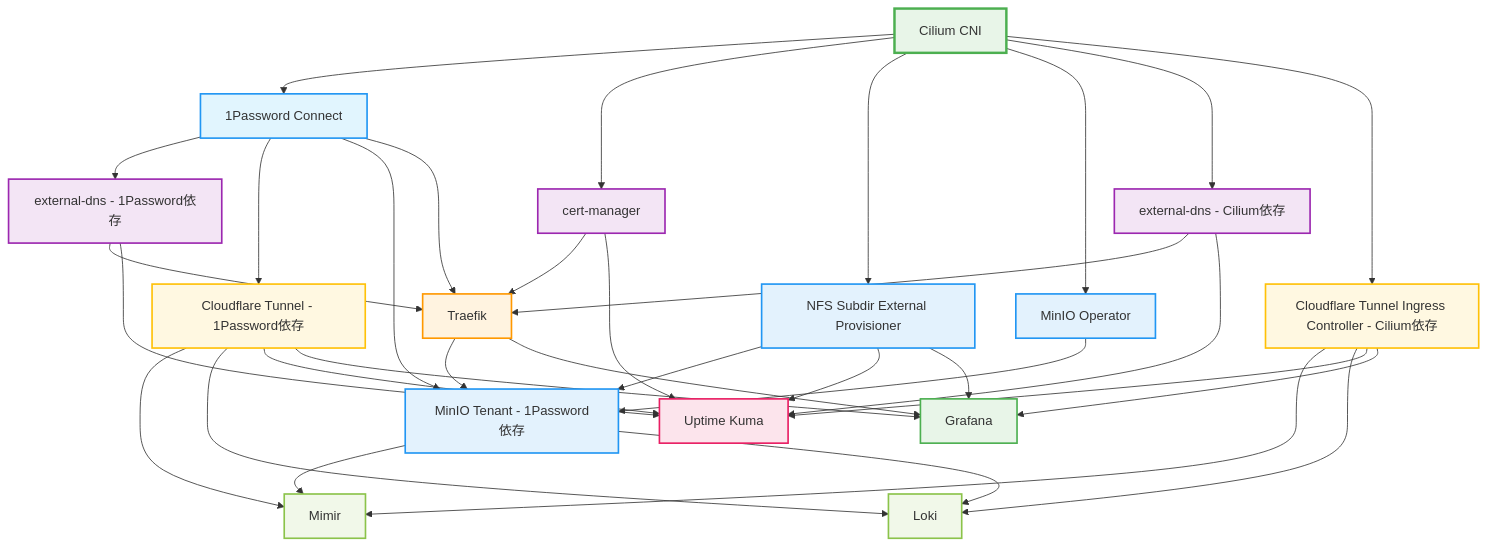
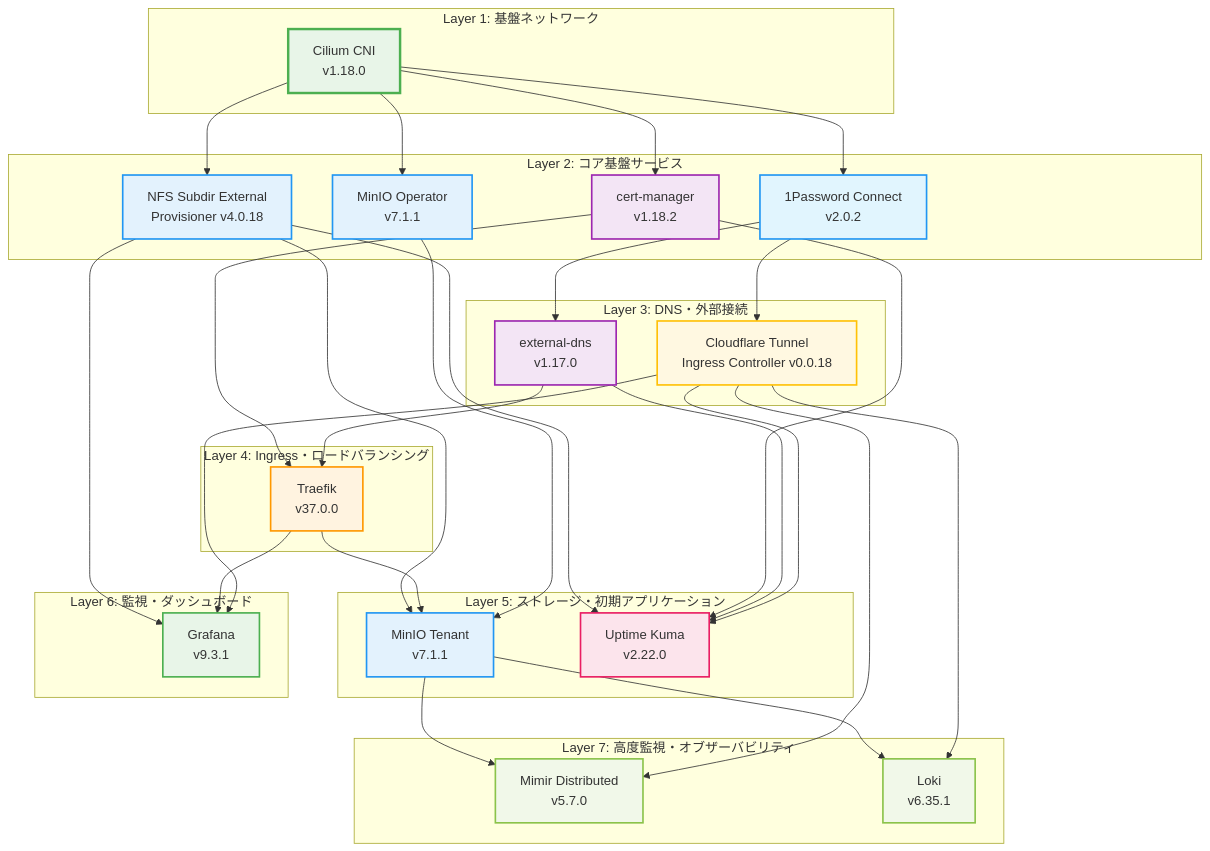
One commit to Soli0222/pke changed the diagram in helmfile/README.md. Above: the diagram before and after it, drawn with Mermaid. The commit also changed other lines of this file and 1 other file, not shown here.

Commit message:
refactor(helmfile): 依存関係の整理とグラフのスタイル改善
- README.mdの依存関係グラフを整理し、レイヤーごとにサブグラフを追加した。
- helmfile.yamlからCiliumの依存関係を削除し、必要な依存関係を整理した。

````diff
--- a/helmfile/README.md
+++ b/helmfile/README.md
@@ -80,66 +80,94 @@
 ```mermaid
 graph TD
-    %% 基盤レイヤー（第1層）
-    H[Cilium CNI]
-    
-    %% 基盤サービス（第2層）- Ciliumに依存
-    H --> A[1Password Connect]
-    H --> B[cert-manager]
-    H --> I[NFS Subdir External Provisioner]
-    H --> L[MinIO Operator]
-    H --> C[external-dns - Cilium依存]
-    H --> D[Cloudflare Tunnel Ingress Controller - Cilium依存]
-    
-    %% シークレット・認証管理（第3層）
-    A --> C2[external-dns - 1Password依存]
-    A --> D2[Cloudflare Tunnel - 1Password依存]
-    A --> E[MinIO Tenant - 1Password依存]
-    
-    %% ロードバランサー・Ingress（第4層）
-    A --> J[Traefik]
-    B --> J
-    C --> J
-    C2 --> J
-    
-    %% MinIOストレージ（第4層）
-    I --> E
-    L --> E
-    J --> E
-    
-    %% アプリケーション・監視（第5層）
-    E --> F[Mimir]
-    E --> G[Loki]
-    D --> F
-    D2 --> F
-    D --> G
-    D2 --> G
-    
-    I --> K[Uptime Kuma]
-    B --> K
-    C --> K
-    C2 --> K
-    D --> K
-    D2 --> K
-    
-    I --> M[Grafana]
-    J --> M
-    D --> M
-    D2 --> M
-    
+    %% レイヤー1: 基盤ネットワーク
+    subgraph "Layer 1: 基盤ネットワーク"
+        Cilium[Cilium CNI<br/>v1.18.0]
+    end
+
+    %% レイヤー2: コア基盤サービス
+    subgraph "Layer 2: コア基盤サービス"
+        Connect[1Password Connect<br/>v2.0.2]
+        CertManager[cert-manager<br/>v1.18.2]
+        NFSProvisioner[NFS Subdir External<br/>Provisioner v4.0.18]
+        MinIOOperator[MinIO Operator<br/>v7.1.1]
+    end
+
+    %% レイヤー3: DNS・外部接続
+    subgraph "Layer 3: DNS・外部接続"
+        ExternalDNS[external-dns<br/>v1.17.0]
+        CFTunnel[Cloudflare Tunnel<br/>Ingress Controller v0.0.18]
+    end
+
+    %% レイヤー4: Ingress・ロードバランシング
+    subgraph "Layer 4: Ingress・ロードバランシング"
+        Traefik[Traefik<br/>v37.0.0]
+    end
+
+    %% レイヤー5: ストレージ・初期アプリケーション
+    subgraph "Layer 5: ストレージ・初期アプリケーション"
+        MinIOTenant[MinIO Tenant<br/>v7.1.1]
+        UptimeKuma[Uptime Kuma<br/>v2.22.0]
+    end
+
+    %% レイヤー6: 監視・ダッシュボード
+    subgraph "Layer 6: 監視・ダッシュボード"
+        Grafana[Grafana<br/>v9.3.1]
+    end
+
+    %% レイヤー7: 高度監視・オブザーバビリティ
+    subgraph "Layer 7: 高度監視・オブザーバビリティ"
+        Mimir[Mimir Distributed<br/>v5.7.0]
+        Loki[Loki<br/>v6.35.1]
+    end
+
+    %% 基本依存関係
+    Cilium --> Connect
+    Cilium --> CertManager
+    Cilium --> NFSProvisioner
+    Cilium --> MinIOOperator
+
+    %% DNS・外部接続の依存関係
+    Connect --> ExternalDNS
+    Connect --> CFTunnel
+
+    %% Traefik依存関係
+    CertManager --> Traefik
+    ExternalDNS --> Traefik
+
+    %% MinIO Tenant依存関係
+    NFSProvisioner --> MinIOTenant
+    Traefik --> MinIOTenant
+    MinIOOperator --> MinIOTenant
+
+    %% Uptime Kuma依存関係
+    NFSProvisioner --> UptimeKuma
+    CertManager --> UptimeKuma
+    ExternalDNS --> UptimeKuma
+    CFTunnel --> UptimeKuma
+
+    %% Grafana依存関係
+    NFSProvisioner --> Grafana
+    Traefik --> Grafana
+    CFTunnel --> Grafana
+
+    %% 高度監視スタック依存関係
+    MinIOTenant --> Mimir
+    CFTunnel --> Mimir
+    MinIOTenant --> Loki
+    CFTunnel --> Loki
+
     %% スタイリング
-    style H fill:#e8f5e8,stroke:#4caf50,stroke-width:3px
-    style A fill:#e1f5fe,stroke:#2196f3,stroke-width:2px
-    style B fill:#f3e5f5,stroke:#9c27b0,stroke-width:2px
-    style C fill:#f3e5f5,stroke:#9c27b0,stroke-width:2px
-    style C2 fill:#f3e5f5,stroke:#9c27b0,stroke-width:2px
-    style J fill:#fff3e0,stroke:#ff9800,stroke-width:2px
-    style D fill:#fff8e1,stroke:#ffc107,stroke-width:2px
-    style D2 fill:#fff8e1,stroke:#ffc107,stroke-width:2px
-    style K fill:#fce4ec,stroke:#e91e63,stroke-width:2px
-    style M fill:#e8f5e8,stroke:#4caf50,stroke-width:2px
-    style F fill:#f1f8e9,stroke:#8bc34a,stroke-width:2px
-    style G fill:#f1f8e9,stroke:#8bc34a,stroke-width:2px
-    style I fill:#e3f2fd,stroke:#2196f3,stroke-width:2px
-    style L fill:#e3f2fd,stroke:#2196f3,stroke-width:2px
-    style E fill:#e3f2fd,stroke:#2196f3,stroke-width:2px
+    style Cilium fill:#e8f5e8,stroke:#4caf50,stroke-width:3px
+    style Connect fill:#e1f5fe,stroke:#2196f3,stroke-width:2px
+    style CertManager fill:#f3e5f5,stroke:#9c27b0,stroke-width:2px
+    style NFSProvisioner fill:#e3f2fd,stroke:#2196f3,stroke-width:2px
+    style MinIOOperator fill:#e3f2fd,stroke:#2196f3,stroke-width:2px
+    style ExternalDNS fill:#f3e5f5,stroke:#9c27b0,stroke-width:2px
+    style CFTunnel fill:#fff8e1,stroke:#ffc107,stroke-width:2px
+    style Traefik fill:#fff3e0,stroke:#ff9800,stroke-width:2px
+    style MinIOTenant fill:#e3f2fd,stroke:#2196f3,stroke-width:2px
+    style UptimeKuma fill:#fce4ec,stroke:#e91e63,stroke-width:2px
+    style Grafana fill:#e8f5e8,stroke:#4caf50,stroke-width:2px
+    style Mimir fill:#f1f8e9,stroke:#8bc34a,stroke-width:2px
+    style Loki fill:#f1f8e9,stroke:#8bc34a,stroke-width:2px
 ```
````
